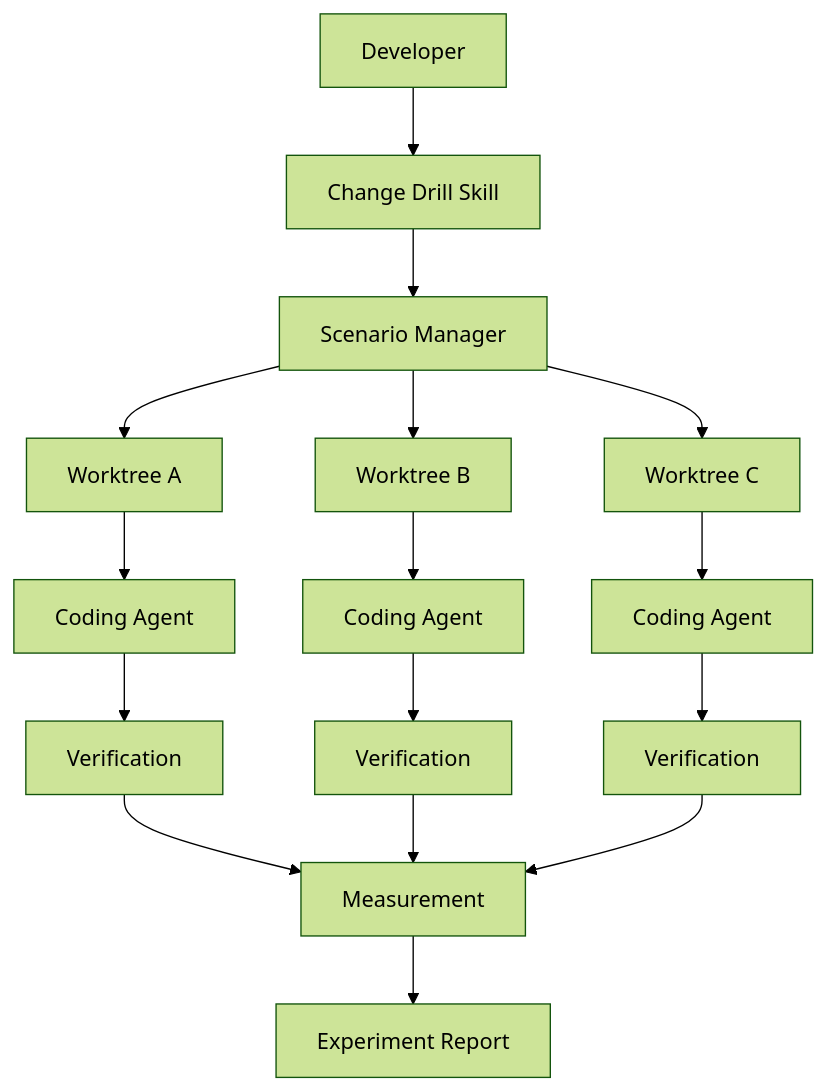
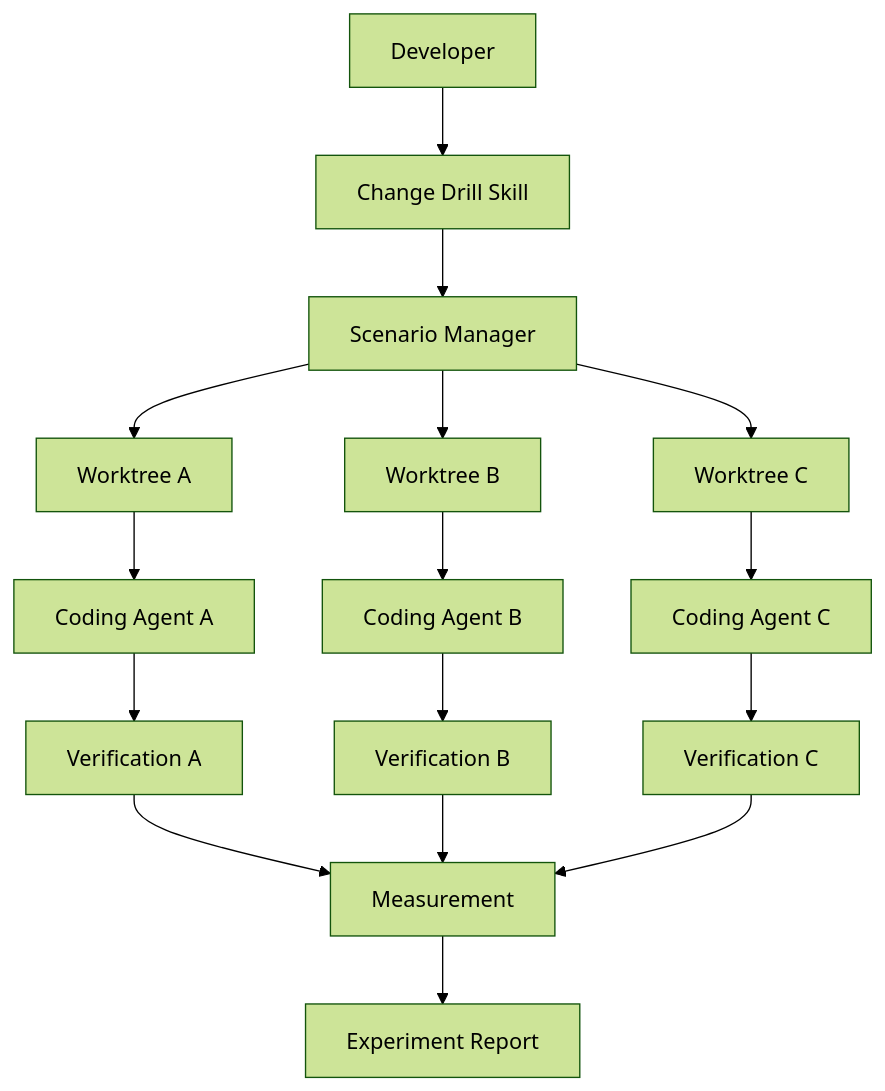
The diagram in docs/system_design.md (ReviewTicketFullstack/MiniProject), drawn with Mermaid (forest theme) before and after one commit. The commit also changed other lines of this file and 6 other files, not shown here.

````diff
--- a/docs/system_design.md
+++ b/docs/system_design.md
@@ -1,18 +7,18 @@
 ```mermaid
 flowchart TD
     A[Developer] --> B[Change Drill Skill]
     B --> C[Scenario Manager]
     C --> D[Worktree A]
     C --> E[Worktree B]
     C --> F[Worktree C]
-    D --> G[Coding Agent]
-    E --> H[Coding Agent]
-    F --> I[Coding Agent]
-    G --> J[Verification]
-    H --> K[Verification]
-    I --> L[Verification]
+    D --> G[Coding Agent A]
+    E --> H[Coding Agent B]
+    F --> I[Coding Agent C]
+    G --> J[Verification A]
+    H --> K[Verification B]
+    I --> L[Verification C]
     J --> M[Measurement]
     K --> M
     L --> M
     M --> N[Experiment Report]
 ```
````
